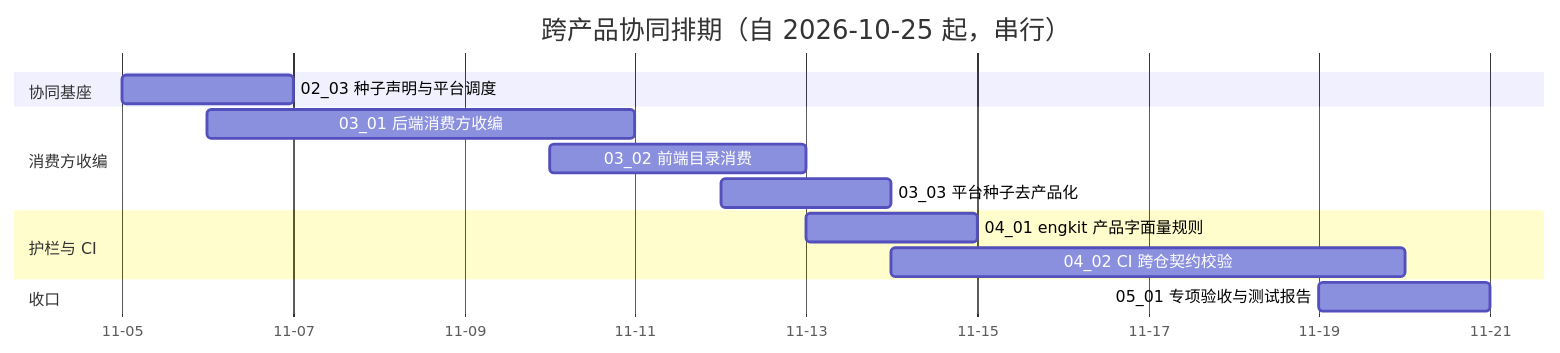
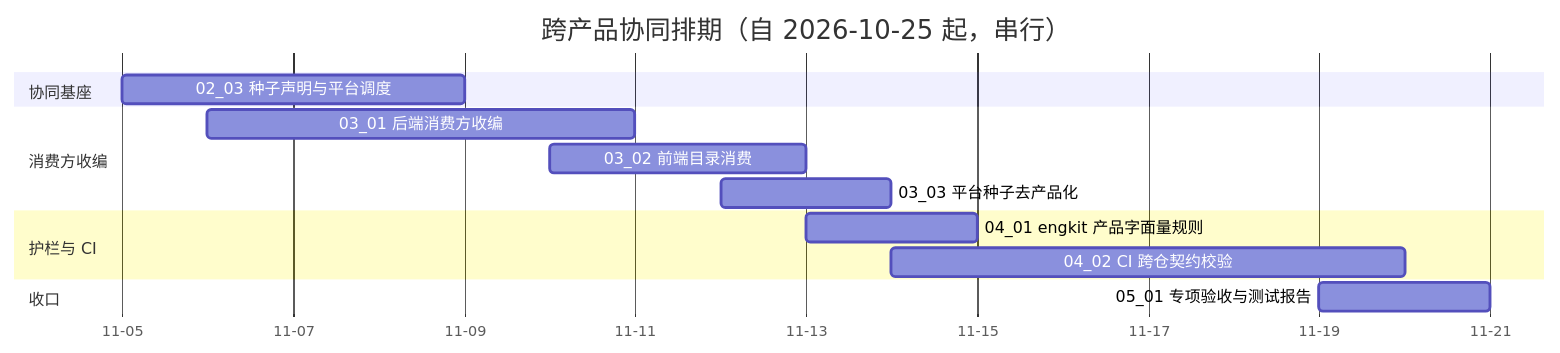
One commit to minjian123/basic-management-system changed the diagram in bms文档/项目/07B_跨产品协同/计划/01_计划_跨产品协同.md. Above: the diagram before and after it, drawn with Mermaid. The commit also changed other lines of this file and 3 other files, not shown here.

````diff
--- a/bms文档/项目/07B_跨产品协同/计划/01_计划_跨产品协同.md
+++ b/bms文档/项目/07B_跨产品协同/计划/01_计划_跨产品协同.md
@@ -39,17 +39,17 @@
 ```mermaid
 gantt
     title 跨产品协同排期（自 2026-10-25 起，串行）
     dateFormat  YYYY-MM-DD
     axisFormat %m-%d
     section 协同基座
-    02_03 种子声明与平台调度 :a0203, 2026-11-05, 2d
+    02_03 种子声明与平台调度 :a0203, 2026-11-05, 4d
     section 消费方收编
     03_01 后端消费方收编 :a0301, 2026-11-06, 5d
     03_02 前端目录消费 :a0302, 2026-11-10, 3d
     03_03 平台种子去产品化 :a0303, 2026-11-12, 2d
     section 护栏与 CI
     04_01 engkit 产品字面量规则 :a0401, 2026-11-13, 2d
     04_02 CI 跨仓契约校验 :a0402, 2026-11-14, 6d
     section 收口
     05_01 专项验收与测试报告 :a0501, 2026-11-19, 2d
 ```
````
